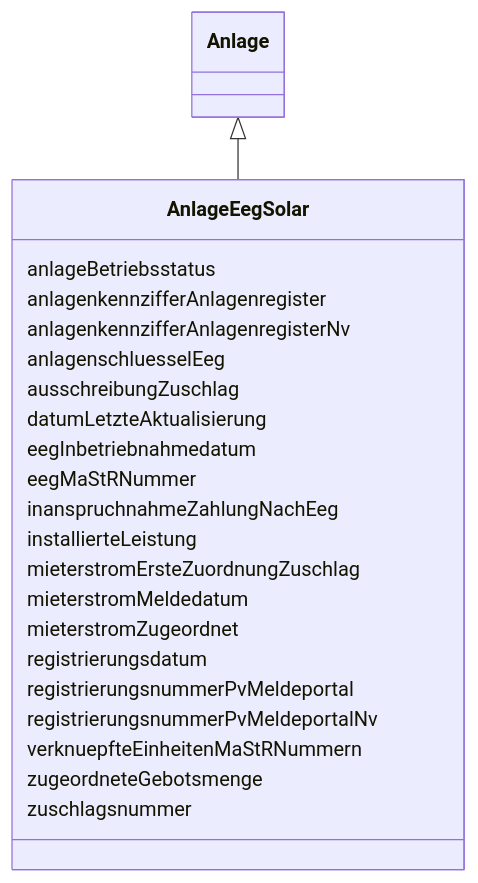
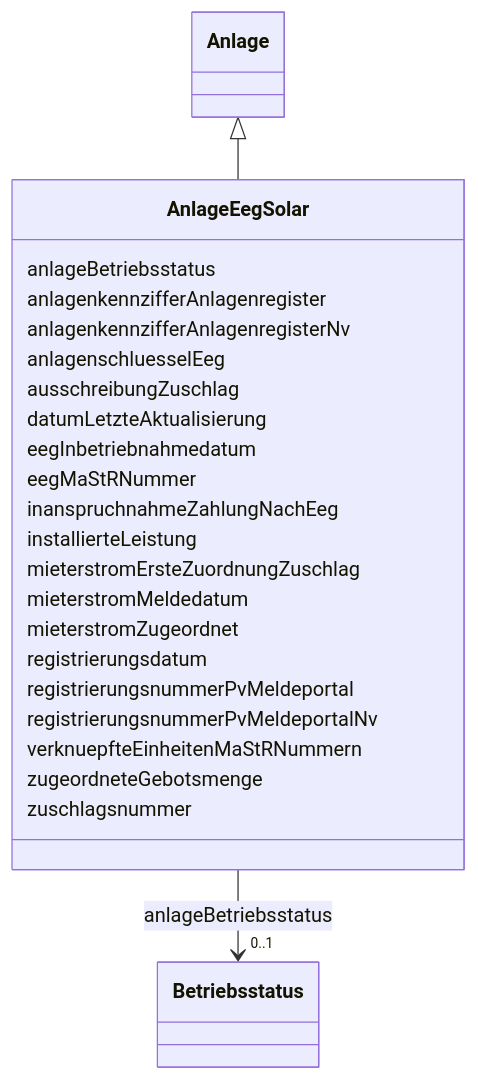
Before and after one commit to FlorianK13/mastr-model: the diagram in docs/schema/classes/AnlageEegSolar.md, drawn with Mermaid. The commit also changed other lines of this file and 86 other files, not shown here.

````diff
--- a/docs/schema/classes/AnlageEegSolar.md
+++ b/docs/schema/classes/AnlageEegSolar.md
@@ -18,47 +18,56 @@
 ```mermaid
  classDiagram
     class AnlageEegSolar
     click AnlageEegSolar href "../../classes/AnlageEegSolar/"
       Anlage <|-- AnlageEegSolar
         click Anlage href "../../classes/Anlage/"
       
       AnlageEegSolar : anlageBetriebsstatus
+        
+          
+    
+        
+        
+        AnlageEegSolar --> "0..1" Betriebsstatus : anlageBetriebsstatus
+        click Betriebsstatus href "../../enums/Betriebsstatus/"
+    
+
         
       AnlageEegSolar : anlagenkennzifferAnlagenregister
         
       AnlageEegSolar : anlagenkennzifferAnlagenregisterNv
         
       AnlageEegSolar : anlagenschluesselEeg
         
       AnlageEegSolar : ausschreibungZuschlag
         
       AnlageEegSolar : datumLetzteAktualisierung
         
       AnlageEegSolar : eegInbetriebnahmedatum
         
       AnlageEegSolar : eegMaStRNummer
         
       AnlageEegSolar : inanspruchnahmeZahlungNachEeg
         
       AnlageEegSolar : installierteLeistung
         
       AnlageEegSolar : mieterstromErsteZuordnungZuschlag
         
       AnlageEegSolar : mieterstromMeldedatum
         
       AnlageEegSolar : mieterstromZugeordnet
         
       AnlageEegSolar : registrierungsdatum
         
       AnlageEegSolar : registrierungsnummerPvMeldeportal
         
       AnlageEegSolar : registrierungsnummerPvMeldeportalNv
         
       AnlageEegSolar : verknuepfteEinheitenMaStRNummern
         
       AnlageEegSolar : zugeordneteGebotsmenge
         
       AnlageEegSolar : zuschlagsnummer
         
       
 ```
````
